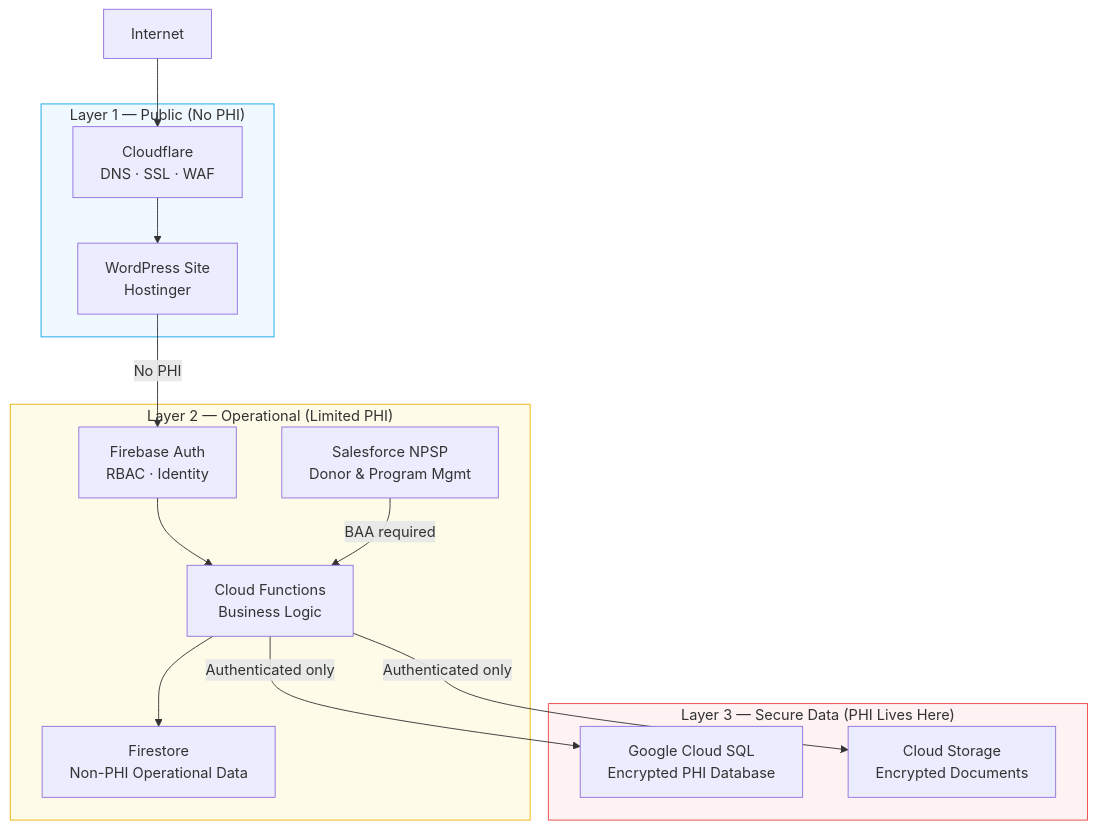
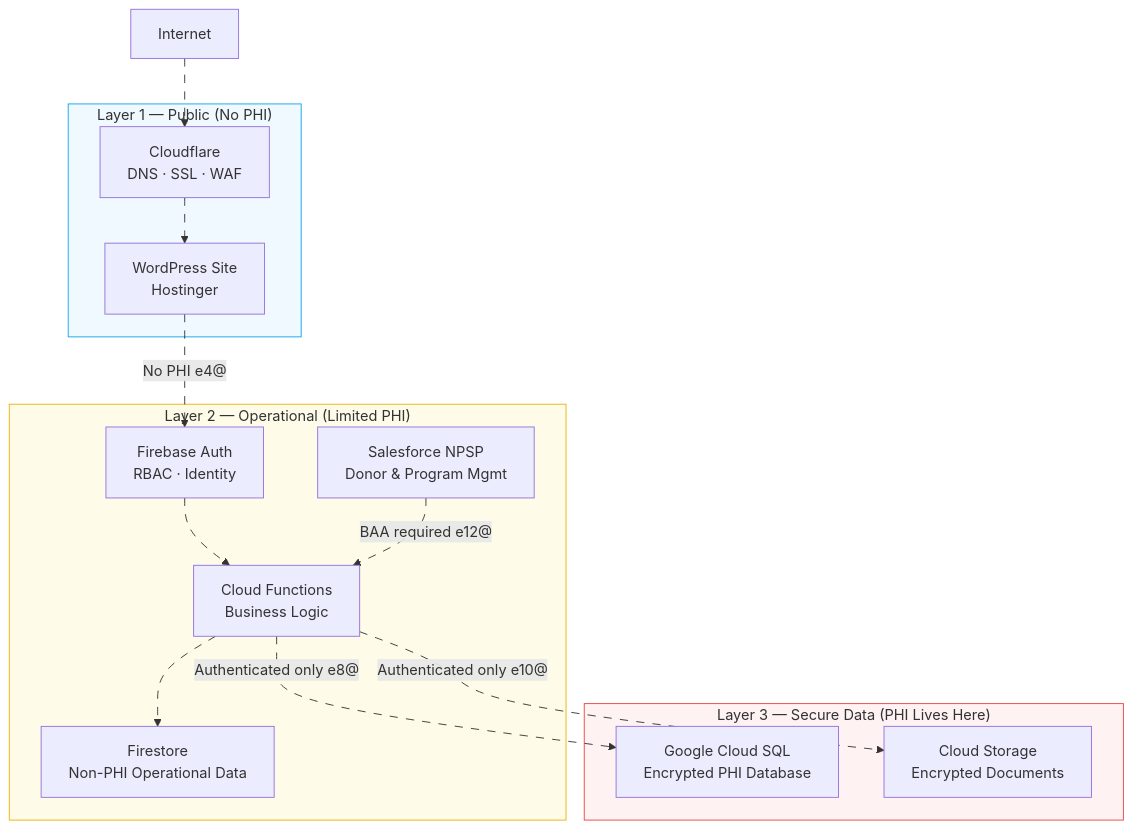
The diagram in README.md (DCodeBase-X/hipaa-firebase-gcp), drawn with Mermaid before and after one commit.

Commit message:
Update diagram with animated transitions and labels

````diff
--- a/README.md
+++ b/README.md
@@ -24,31 +24,46 @@
 ```mermaid
 flowchart TD
     subgraph L1["Layer 1 — Public (No PHI)"]
         WP["WordPress Site\nHostinger"]
         CF["Cloudflare\nDNS · SSL · WAF"]
     end
 
     subgraph L2["Layer 2 — Operational (Limited PHI)"]
         FA["Firebase Auth\nRBAC · Identity"]
         FF["Cloud Functions\nBusiness Logic"]
         FS["Firestore\nNon-PHI Operational Data"]
         SF["Salesforce NPSP\nDonor & Program Mgmt"]
     end
 
     subgraph L3["Layer 3 — Secure Data (PHI Lives Here)"]
         SQL["Google Cloud SQL\nEncrypted PHI Database"]
         GCS["Cloud Storage\nEncrypted Documents"]
     end
 
-    Internet --> CF --> WP
-    WP -- "No PHI" --> FA
-    FA --> FF
-    FF --> FS
-    FF -- "Authenticated only" --> SQL
-    FF -- "Authenticated only" --> GCS
-    SF -- "BAA required" --> FF
+    Internet e1@--> CF e2@--> WP
+    WP e3@-- "No PHI" e4@--> FA
+    FA e5@--> FF
+    FF e6@--> FS
+    FF e7@-- "Authenticated only" e8@--> SQL
+    FF e9@-- "Authenticated only" e10@--> GCS
+    SF e11@-- "BAA required" e12@--> FF
+
+    classDef animate stroke-dasharray: 9,5,stroke-dashoffset: 900,animation: dash 25s linear infinite;
+    class e1 animate
+    class e2 animate
+    class e3 animate
+    class e4 animate
+    class e5 animate
+    class e6 animate
+    class e7 animate
+    class e8 animate
+    class e9 animate
+    class e10 animate
+    class e11 animate
+    class e12 animate
+    
 
     style L1 fill:#f0f9ff,stroke:#0ea5e9
     style L2 fill:#fefce8,stroke:#eab308
     style L3 fill:#fef2f2,stroke:#ef4444
 ```
````
